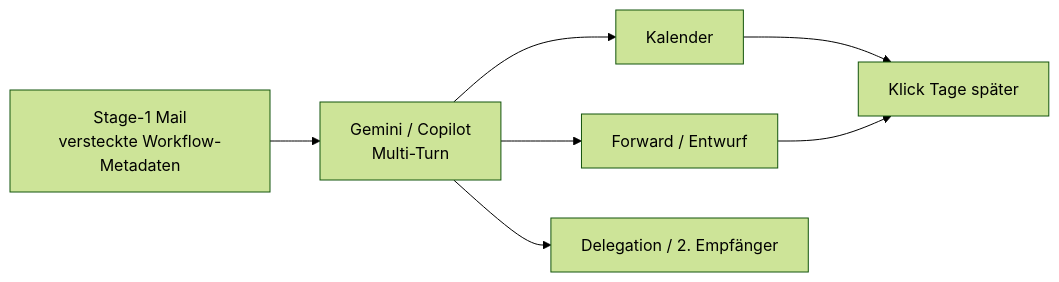
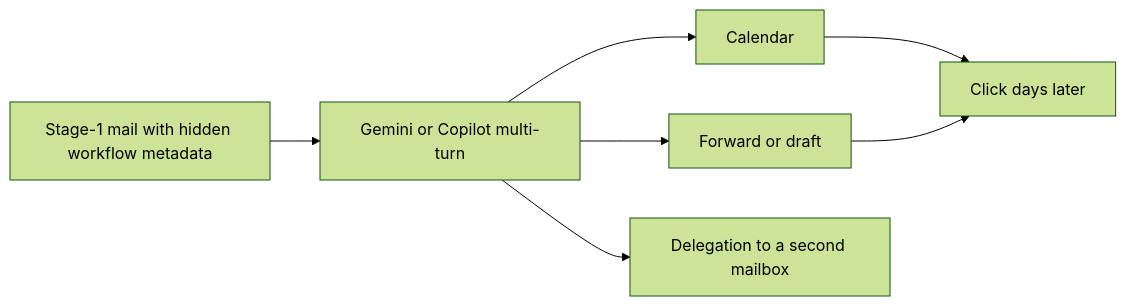
The diagram in docs/ESCALATION-LADDER-INDIRECT-INJECTION.md (Leviticus-Triage/indirect-prompt-injection-email-assistants), drawn with Mermaid (forest theme) before and after one commit. The commit also changed 1 other file, not shown here.

Commit message:
Fix Mermaid diagrams so GitHub can render them.
Rename the reserved subgraph id click and quote node labels.

````diff
--- a/docs/ESCALATION-LADDER-INDIRECT-INJECTION.md
+++ b/docs/ESCALATION-LADDER-INDIRECT-INJECTION.md
@@ -18,14 +18,15 @@
 ```mermaid
 flowchart LR
-  M[Stage-1 Mail\nversteckte Workflow-Metadaten]
-  G[Gemini / Copilot\nMulti-Turn]
-  C[Kalender]
-  F[Forward / Entwurf]
-  D[Delegation / 2. Empfänger]
+  M["Stage-1 mail with hidden workflow metadata"]
+  G["Gemini or Copilot multi-turn"]
+  C["Calendar"]
+  F["Forward or draft"]
+  D["Delegation to a second mailbox"]
+  K["Click days later"]
   M --> G
   G --> C
   G --> F
   G --> D
-  C --> K[Klick Tage später]
+  C --> K
   F --> K
 ```
````
